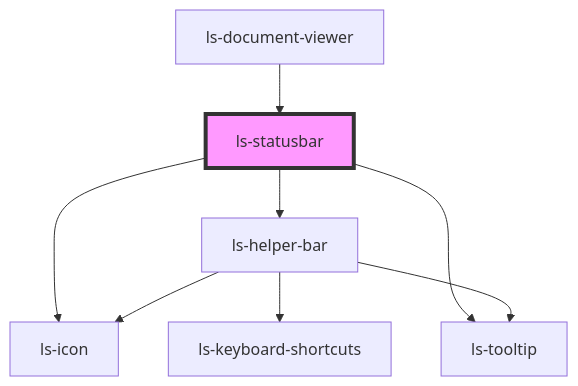
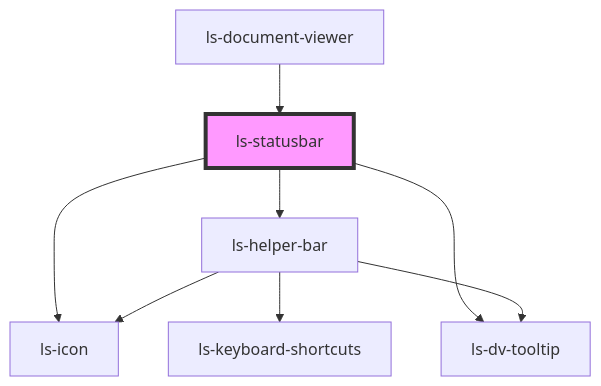
One commit to legalesign/ls-document-viewer changed the diagram in src/components/ls-statusbar/readme.md. Above: the diagram before and after it, drawn with Mermaid. The commit also changed other lines of this file and 72 other files, not shown here.

````diff
--- a/src/components/ls-statusbar/readme.md
+++ b/src/components/ls-statusbar/readme.md
@@ -31,11 +31,11 @@
 ```mermaid
 graph TD;
   ls-statusbar --> ls-icon
   ls-statusbar --> ls-helper-bar
-  ls-statusbar --> ls-tooltip
+  ls-statusbar --> ls-dv-tooltip
   ls-helper-bar --> ls-keyboard-shortcuts
   ls-helper-bar --> ls-icon
-  ls-helper-bar --> ls-tooltip
+  ls-helper-bar --> ls-dv-tooltip
   ls-document-viewer --> ls-statusbar
   style ls-statusbar fill:#f9f,stroke:#333,stroke-width:4px
 ```
````
